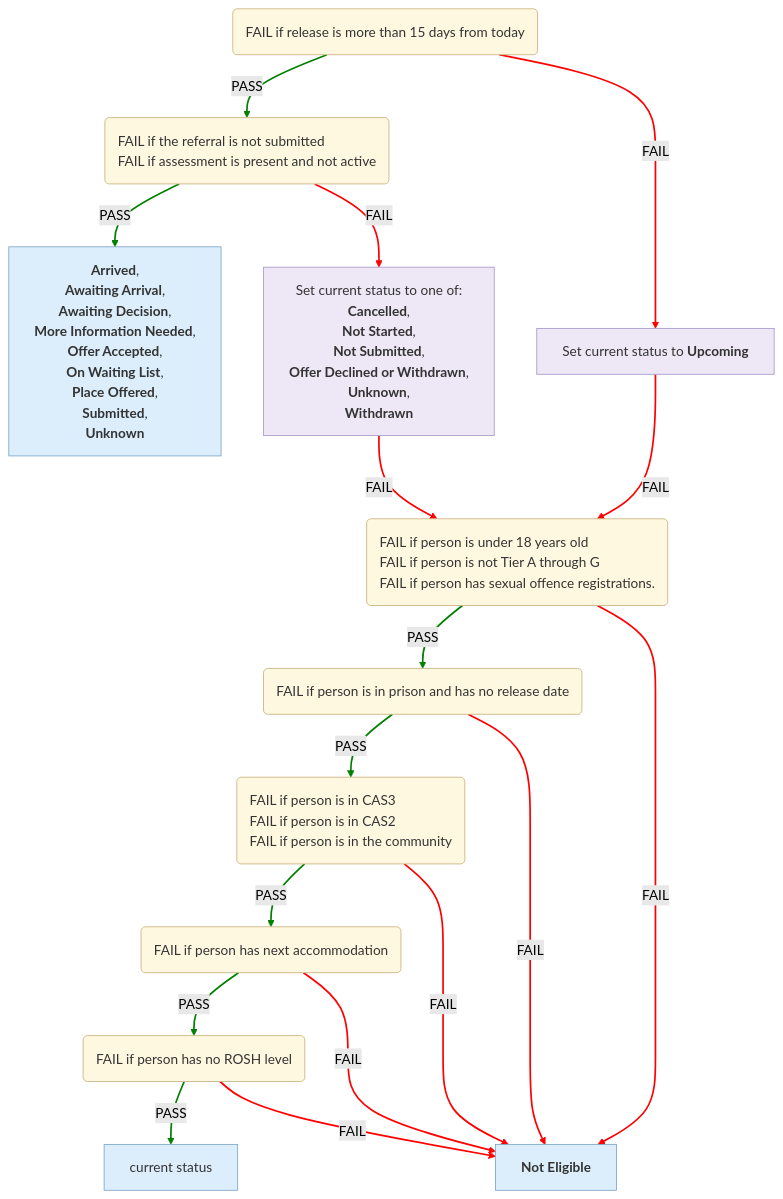
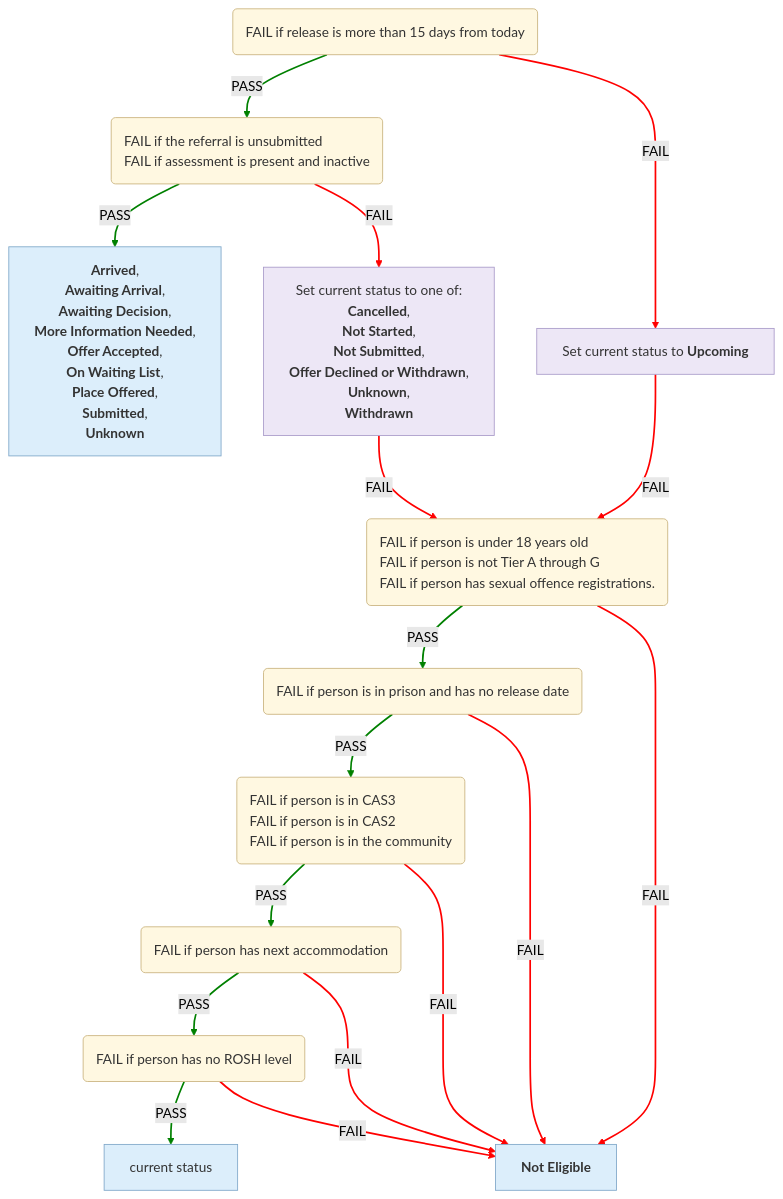
Before and after one commit to ministryofjustice/hmpps-single-accommodation-service-api: the second of 6 diagrams in docs/eligibility-rules-graph.md, drawn with Mermaid (forest theme). The commit also changed other lines of this file and 11 other files, not shown here.

````diff
--- a/docs/eligibility-rules-graph.md
+++ b/docs/eligibility-rules-graph.md
@@ -135,59 +135,59 @@
 ```mermaid
 %%{init: {"flowchart": {"wrappingWidth": 800}}}%%
 flowchart TD
   Release_Within_15_Days("<div style='text-align:left'>FAIL if release is more than 15 days from today</div>")
-  CAS2_Referral("<div style='text-align:left'>FAIL if the referral is not submitted
-FAIL if assessment is present and not active</div>")
+  CAS2_Referral("<div style='text-align:left'>FAIL if the referral is unsubmitted
+FAIL if assessment is present and inactive</div>")
   outcome_Cas2ActiveContextUpdater["<b>Arrived</b>,
  <b>Awaiting Arrival</b>,
  <b>Awaiting Decision</b>,
  <b>More Information Needed</b>,
  <b>Offer Accepted</b>,
  <b>On Waiting List</b>,
  <b>Place Offered</b>,
  <b>Submitted</b>,
  <b>Unknown</b>"]
   updater_Cas2StartContextUpdater["Set current status to one of:
 <b>Cancelled</b>,
  <b>Not Started</b>,
  <b>Not Submitted</b>,
  <b>Offer Declined or Withdrawn</b>,
  <b>Unknown</b>,
  <b>Withdrawn</b>"]
   Person_Eligible("<div style='text-align:left'>FAIL if person is under 18 years old
 FAIL if person is not Tier A through G
 FAIL if person has sexual offence registrations.</div>")
   Release_Date_Eligible("<div style='text-align:left'>FAIL if person is in prison and has no release date</div>")
   Current_Accommodation_Eligible_For_CAS2("<div style='text-align:left'>FAIL if person is in CAS3
 FAIL if person is in CAS2
 FAIL if person is in the community</div>")
   No_Next_Accommodation("<div style='text-align:left'>FAIL if person has next accommodation</div>")
   ROSH_Eligible("<div style='text-align:left'>FAIL if person has no ROSH level</div>")
   confirmed["current status"]
   CAS2_NOT_ELIGIBLE["<b>Not Eligible</b>"]
   updater_Cas2UpcomingContextUpdater["Set current status to <b>Upcoming</b>"]
   CAS2_Referral -->|PASS| outcome_Cas2ActiveContextUpdater
   CAS2_Referral -->|FAIL| updater_Cas2StartContextUpdater
   ROSH_Eligible -->|PASS| confirmed
   ROSH_Eligible -->|FAIL| CAS2_NOT_ELIGIBLE
   No_Next_Accommodation -->|PASS| ROSH_Eligible
   No_Next_Accommodation -->|FAIL| CAS2_NOT_ELIGIBLE
   Current_Accommodation_Eligible_For_CAS2 -->|PASS| No_Next_Accommodation
   Current_Accommodation_Eligible_For_CAS2 -->|FAIL| CAS2_NOT_ELIGIBLE
   Release_Date_Eligible -->|PASS| Current_Accommodation_Eligible_For_CAS2
   Release_Date_Eligible -->|FAIL| CAS2_NOT_ELIGIBLE
   Person_Eligible -->|PASS| Release_Date_Eligible
   Person_Eligible -->|FAIL| CAS2_NOT_ELIGIBLE
   updater_Cas2StartContextUpdater -->|FAIL| Person_Eligible
   Release_Within_15_Days -->|PASS| CAS2_Referral
   Release_Within_15_Days -->|FAIL| updater_Cas2UpcomingContextUpdater
   updater_Cas2UpcomingContextUpdater -->|FAIL| Person_Eligible
   linkStyle 0,2,4,6,8,10,13 stroke:green,stroke-width:2px
   linkStyle 1,3,5,7,9,11,12,14,15 stroke:red,stroke-width:2px
   classDef ruleSetNode fill:#FFF8E1,stroke:#C9B37E,color:#333
   classDef outcomeNode fill:#DCEEFB,stroke:#7FA7C9,color:#333
   classDef updaterNode fill:#EDE7F6,stroke:#A99BC9,color:#333
   class Release_Within_15_Days,CAS2_Referral,Person_Eligible,Release_Date_Eligible,Current_Accommodation_Eligible_For_CAS2,No_Next_Accommodation,ROSH_Eligible ruleSetNode
   class outcome_Cas2ActiveContextUpdater,confirmed,CAS2_NOT_ELIGIBLE outcomeNode
   class updater_Cas2StartContextUpdater,updater_Cas2UpcomingContextUpdater updaterNode
 ```
````
